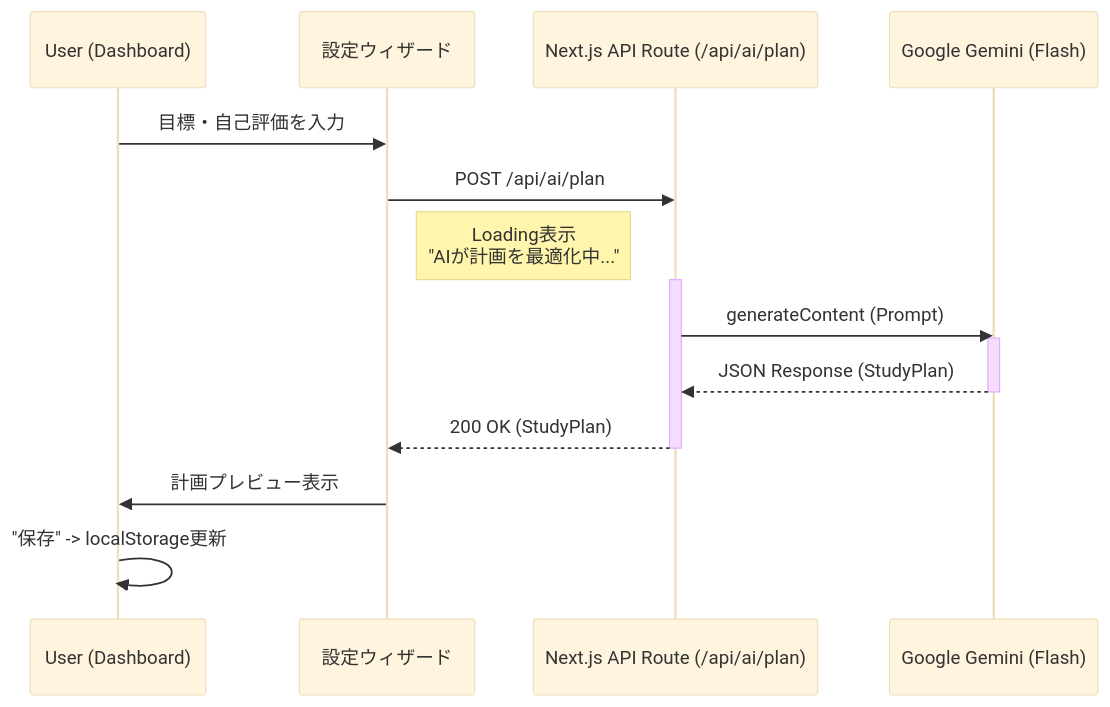
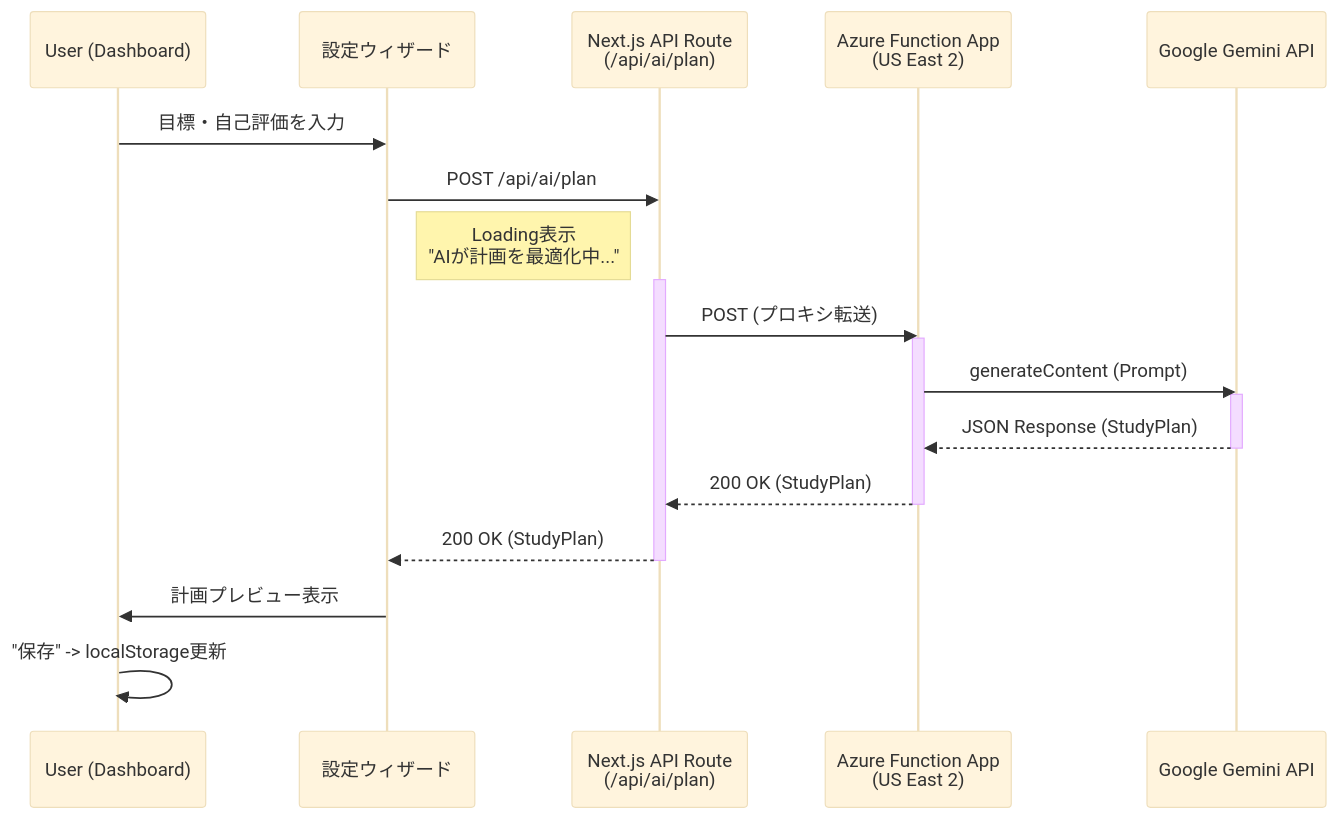
One commit to keisato848/IpaLab changed the diagram in docs/ai-planner-design.md. Above: the diagram before and after it, drawn with Mermaid (base theme). The commit also changed other lines of this file and 3 other files, not shown here.

Commit message:
docs: api-ai (US Function App) の設計書を更新、Gemini APIプロキシ構成を文書化

````diff
--- a/docs/ai-planner-design.md
+++ b/docs/ai-planner-design.md
@@ -10,23 +13,27 @@
 ```mermaid
 sequenceDiagram
     participant User as User (Dashboard)
     participant Wizard as 設定ウィザード
-    participant API as Next.js API Route (/api/ai/plan)
-    participant AI as Google Gemini (Flash)
+    participant Proxy as Next.js API Route<br/>(/api/ai/plan)
+    participant FuncUS as Azure Function App<br/>(US East 2)
+    participant AI as Google Gemini API
 
     User->>Wizard: 目標・自己評価を入力
-    Wizard->>API: POST /api/ai/plan
+    Wizard->>Proxy: POST /api/ai/plan
     Note right of Wizard: Loading表示<br/>"AIが計画を最適化中..."
     
-    activate API
-    API->>AI: generateContent (Prompt)
+    activate Proxy
+    Proxy->>FuncUS: POST (プロキシ転送)
+    activate FuncUS
+    FuncUS->>AI: generateContent (Prompt)
     activate AI
-    AI-->>API: JSON Response (StudyPlan)
+    AI-->>FuncUS: JSON Response (StudyPlan)
     deactivate AI
-    
-    API-->>Wizard: 200 OK (StudyPlan)
-    deactivate API
+    FuncUS-->>Proxy: 200 OK (StudyPlan)
+    deactivate FuncUS
+    Proxy-->>Wizard: 200 OK (StudyPlan)
+    deactivate Proxy
 
     Wizard->>User: 計画プレビュー表示
     User->>User: "保存" -> localStorage更新
 ```
````
